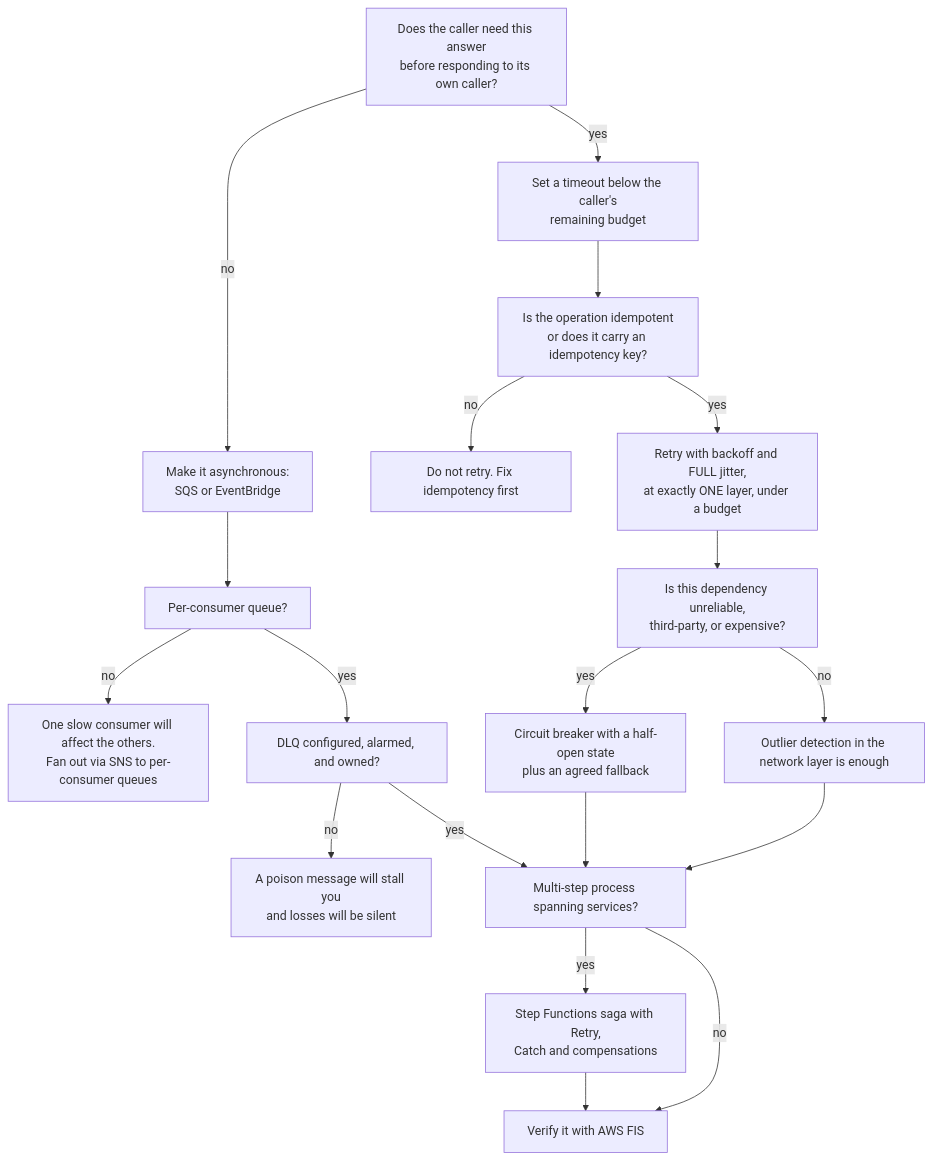
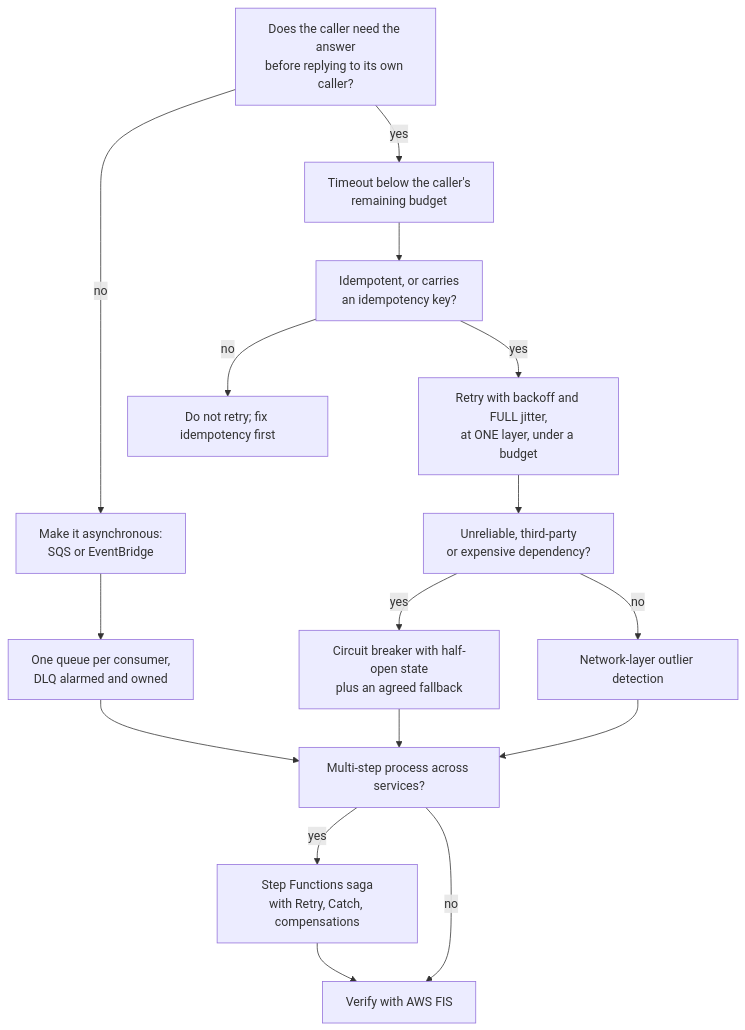
One commit to norbutlepcha25/dso303 changed the fourth of 5 diagrams in docs/unit4/topic3.md. Above: the diagram before and after it, drawn with Mermaid. The commit also changed other lines of this file and 12 other files, not shown here.

````diff
--- a/docs/unit4/topic3.md
+++ b/docs/unit4/topic3.md
@@ -592,21 +405,18 @@
 ```mermaid
 flowchart TD
-    A["Does the caller need this answer<br/>before responding to its own caller?"] -->|"no"| B["Make it asynchronous:<br/>SQS or EventBridge"]
-    A -->|"yes"| C["Set a timeout below the caller's<br/>remaining budget"]
-    C --> D["Is the operation idempotent<br/>or does it carry an idempotency key?"]
-    D -->|"no"| E["Do not retry. Fix idempotency first"]
-    D -->|"yes"| F["Retry with backoff and FULL jitter,<br/>at exactly ONE layer, under a budget"]
-    F --> G["Is this dependency unreliable,<br/>third-party, or expensive?"]
-    G -->|"yes"| H["Circuit breaker with a half-open state<br/>plus an agreed fallback"]
-    G -->|"no"| I["Outlier detection in the network layer is enough"]
-    B --> J["Per-consumer queue?"]
-    J -->|"no"| K["One slow consumer will affect the others.<br/>Fan out via SNS to per-consumer queues"]
-    J -->|"yes"| L["DLQ configured, alarmed, and owned?"]
-    L -->|"no"| M["A poison message will stall you<br/>and losses will be silent"]
-    L -->|"yes"| N["Multi-step process spanning services?"]
+    A["Does the caller need the answer<br/>before replying to its own caller?"] -->|"no"| B["Make it asynchronous:<br/>SQS or EventBridge"]
+    A -->|"yes"| C["Timeout below the caller's<br/>remaining budget"]
+    C --> D["Idempotent, or carries<br/>an idempotency key?"]
+    D -->|"no"| E["Do not retry; fix idempotency first"]
+    D -->|"yes"| F["Retry with backoff and FULL jitter,<br/>at ONE layer, under a budget"]
+    F --> G["Unreliable, third-party<br/>or expensive dependency?"]
+    G -->|"yes"| H["Circuit breaker with half-open state<br/>plus an agreed fallback"]
+    G -->|"no"| I["Network-layer outlier detection"]
+    B --> J["One queue per consumer,<br/>DLQ alarmed and owned"]
+    J --> N["Multi-step process across services?"]
     H --> N
     I --> N
-    N -->|"yes"| O["Step Functions saga with Retry,<br/>Catch and compensations"]
-    N -->|"no"| P["Verify it with AWS FIS"]
+    N -->|"yes"| O["Step Functions saga<br/>with Retry, Catch, compensations"]
+    N -->|"no"| P["Verify with AWS FIS"]
     O --> P
 ```
````
